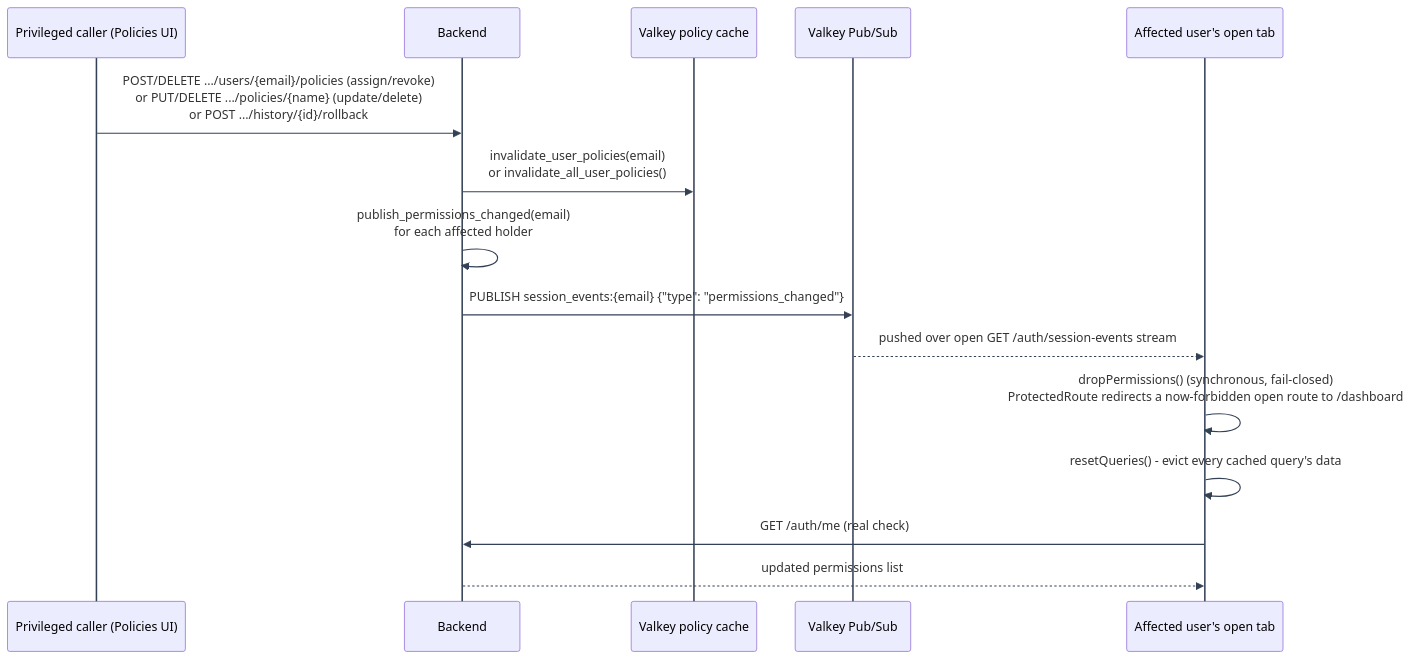
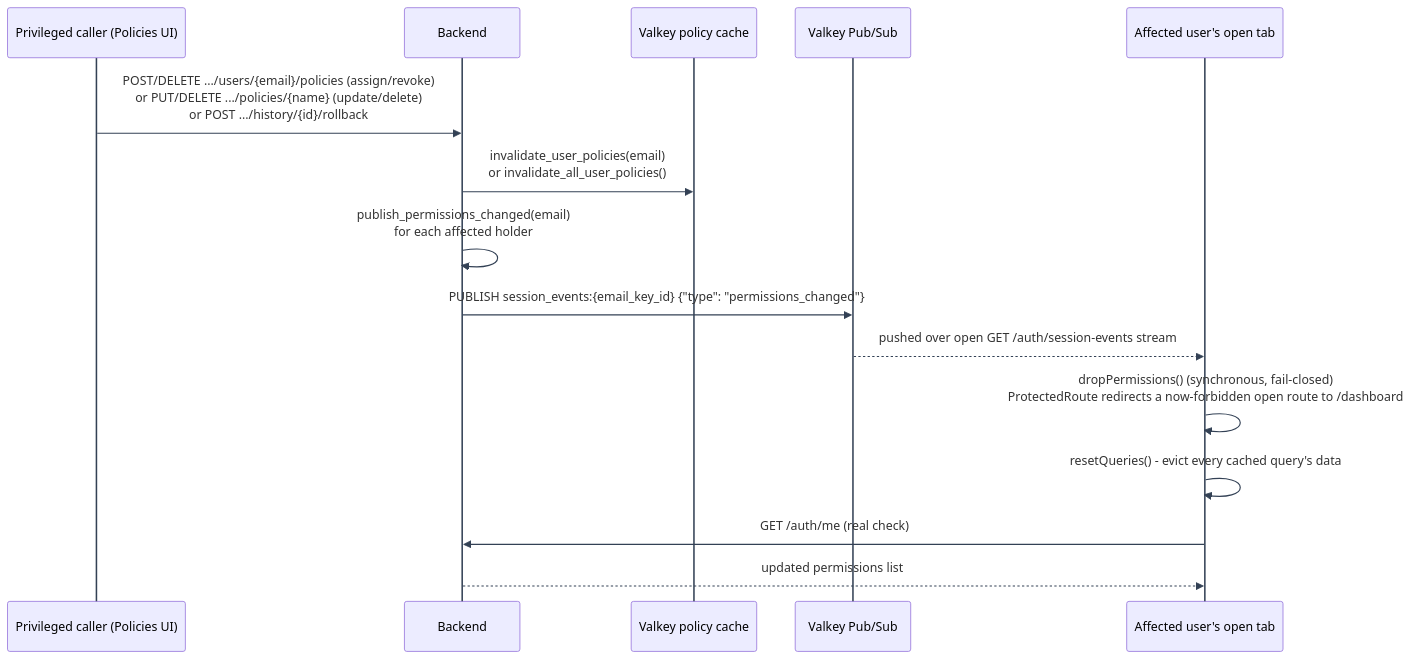
Before and after one commit to Nachiket-2024/mystic-auth: the diagram in docs/mystic_auth/authorization/architecture/real-time-push.md, drawn with Mermaid. The commit also changed other lines of this file and 820 other files, not shown here.

````diff
--- a/docs/mystic_auth/authorization/architecture/real-time-push.md
+++ b/docs/mystic_auth/authorization/architecture/real-time-push.md
@@ -30,18 +30,18 @@
 ```mermaid
 %%{init: {"themeVariables": {"lineColor": "#334155", "signalColor": "#334155", "actorLineColor": "#334155", "activationBorderColor": "#334155", "labelBoxBorderColor": "#334155", "labelBoxBkgColor": "#e2e8f0", "noteBorderColor": "#334155"}, "themeCSS": ".messageLine0, .messageLine1 { stroke-width: 2px !important; }"} }%%
 sequenceDiagram
     participant Privileged as Privileged caller (Policies UI)
     participant API as Backend
     participant Cache as Valkey policy cache
     participant PubSub as Valkey Pub/Sub
     participant Tab as Affected user's open tab
     Privileged->>API: POST/DELETE .../users/{email}/policies (assign/revoke)<br/>or PUT/DELETE .../policies/{name} (update/delete)<br/>or POST .../history/{id}/rollback
     API->>Cache: invalidate_user_policies(email)<br/>or invalidate_all_user_policies()
     API->>API: publish_permissions_changed(email)<br/>for each affected holder
-    API->>PubSub: PUBLISH session_events:{email} {"type": "permissions_changed"}
+    API->>PubSub: PUBLISH session_events:{email_key_id} {"type": "permissions_changed"}
     PubSub-->>Tab: pushed over open GET /auth/session-events stream
     Tab->>Tab: dropPermissions() (synchronous, fail-closed)<br/>ProtectedRoute redirects a now-forbidden open route to /dashboard
     Tab->>Tab: resetQueries() - evict every cached query's data
     Tab->>API: GET /auth/me (real check)
     API-->>Tab: updated permissions list
 ```
````
